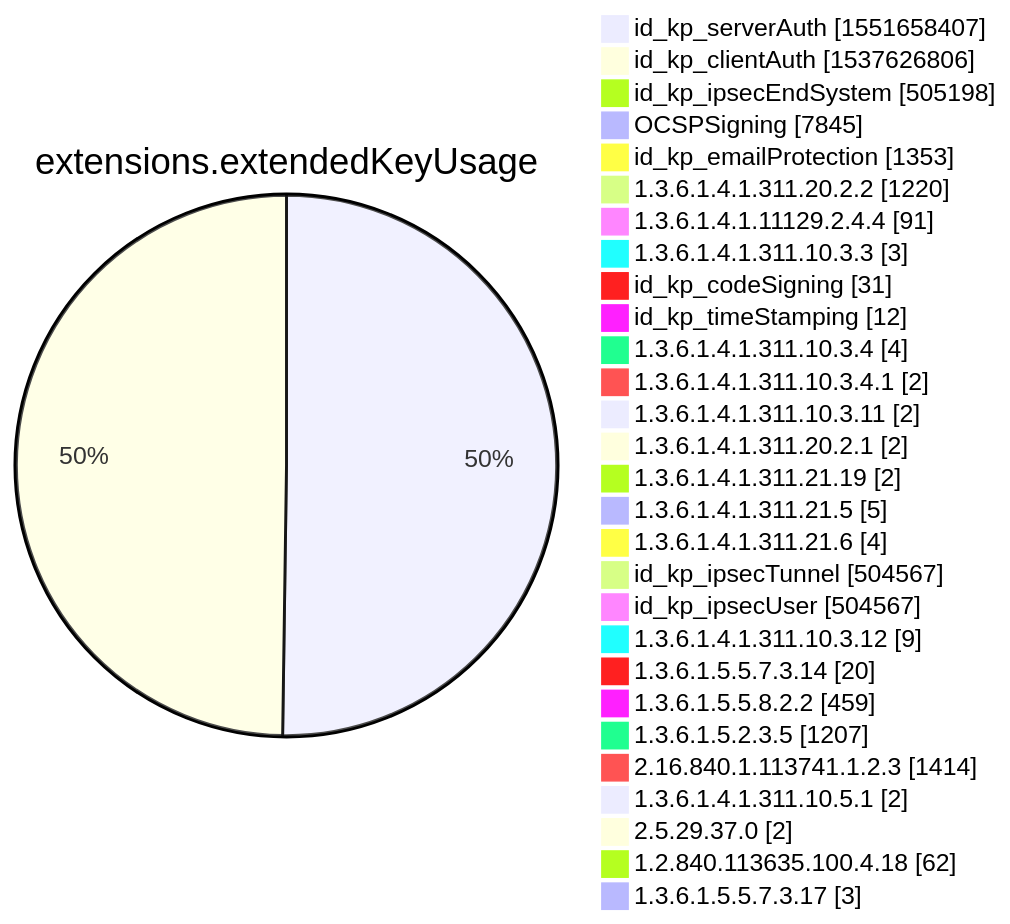
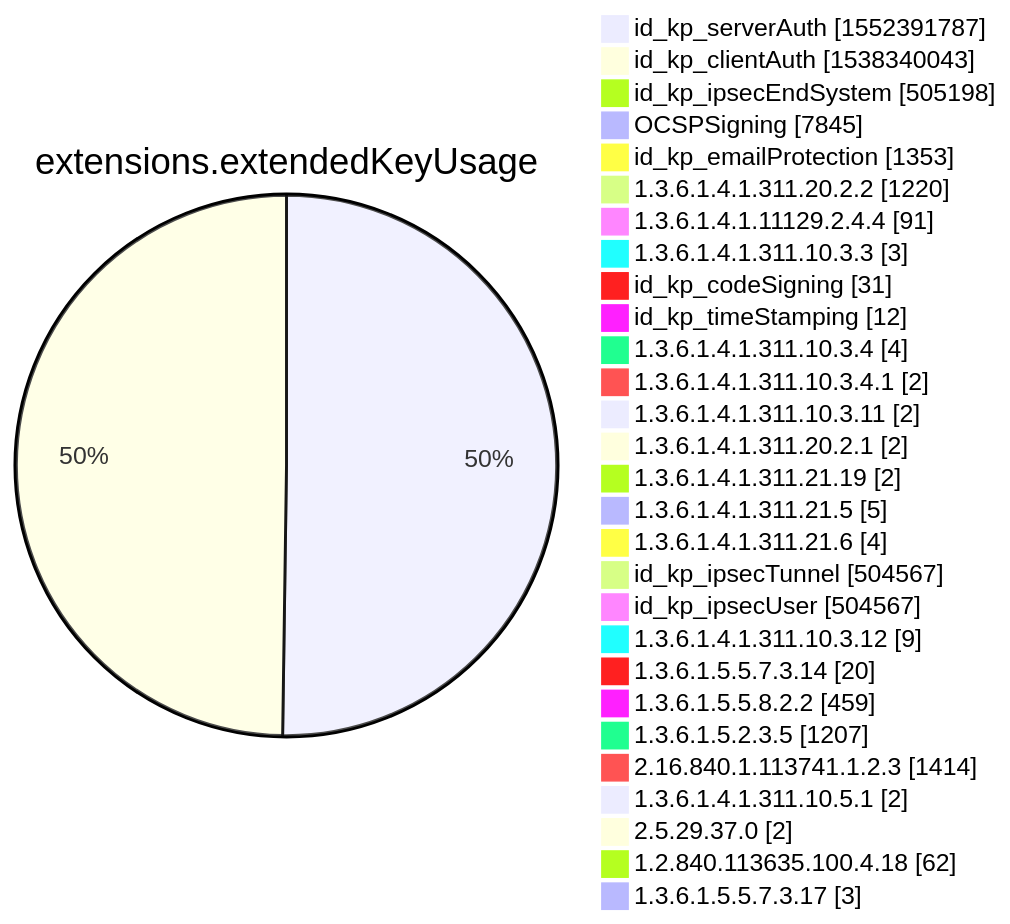
One commit to christiankrug/ctmonitor_visualization changed diagram 12 of 15 in xenon2022/README.md. Above: the diagram before and after it, drawn with Mermaid. The commit also changed other lines of this file, not shown here.

````diff
--- a/xenon2022/README.md
+++ b/xenon2022/README.md
@@ -3882,32 +3882,32 @@
 ```mermaid
 pie showData
 title extensions.extendedKeyUsage
-"id_kp_serverAuth" :1551658407
-"id_kp_clientAuth" :1537626806
+"id_kp_serverAuth" :1552391787
+"id_kp_clientAuth" :1538340043
 "id_kp_ipsecEndSystem" :505198
 "OCSPSigning" :7845
 "id_kp_emailProtection" :1353
 "1.3.6.1.4.1.311.20.2.2" :1220
 "1.3.6.1.4.1.11129.2.4.4" :91
 "1.3.6.1.4.1.311.10.3.3" :3
 "id_kp_codeSigning" :31
 "id_kp_timeStamping" :12
 "1.3.6.1.4.1.311.10.3.4" :4
 "1.3.6.1.4.1.311.10.3.4.1" :2
 "1.3.6.1.4.1.311.10.3.11" :2
 "1.3.6.1.4.1.311.20.2.1" :2
 "1.3.6.1.4.1.311.21.19" :2
 "1.3.6.1.4.1.311.21.5" :5
 "1.3.6.1.4.1.311.21.6" :4
 "id_kp_ipsecTunnel" :504567
 "id_kp_ipsecUser" :504567
 "1.3.6.1.4.1.311.10.3.12" :9
 "1.3.6.1.5.5.7.3.14" :20
 "1.3.6.1.5.5.8.2.2" :459
 "1.3.6.1.5.2.3.5" :1207
 "2.16.840.1.113741.1.2.3" :1414
 "1.3.6.1.4.1.311.10.5.1" :2
 "2.5.29.37.0" :2
 "1.2.840.113635.100.4.18" :62
 "1.3.6.1.5.5.7.3.17" :3
 ```
````
